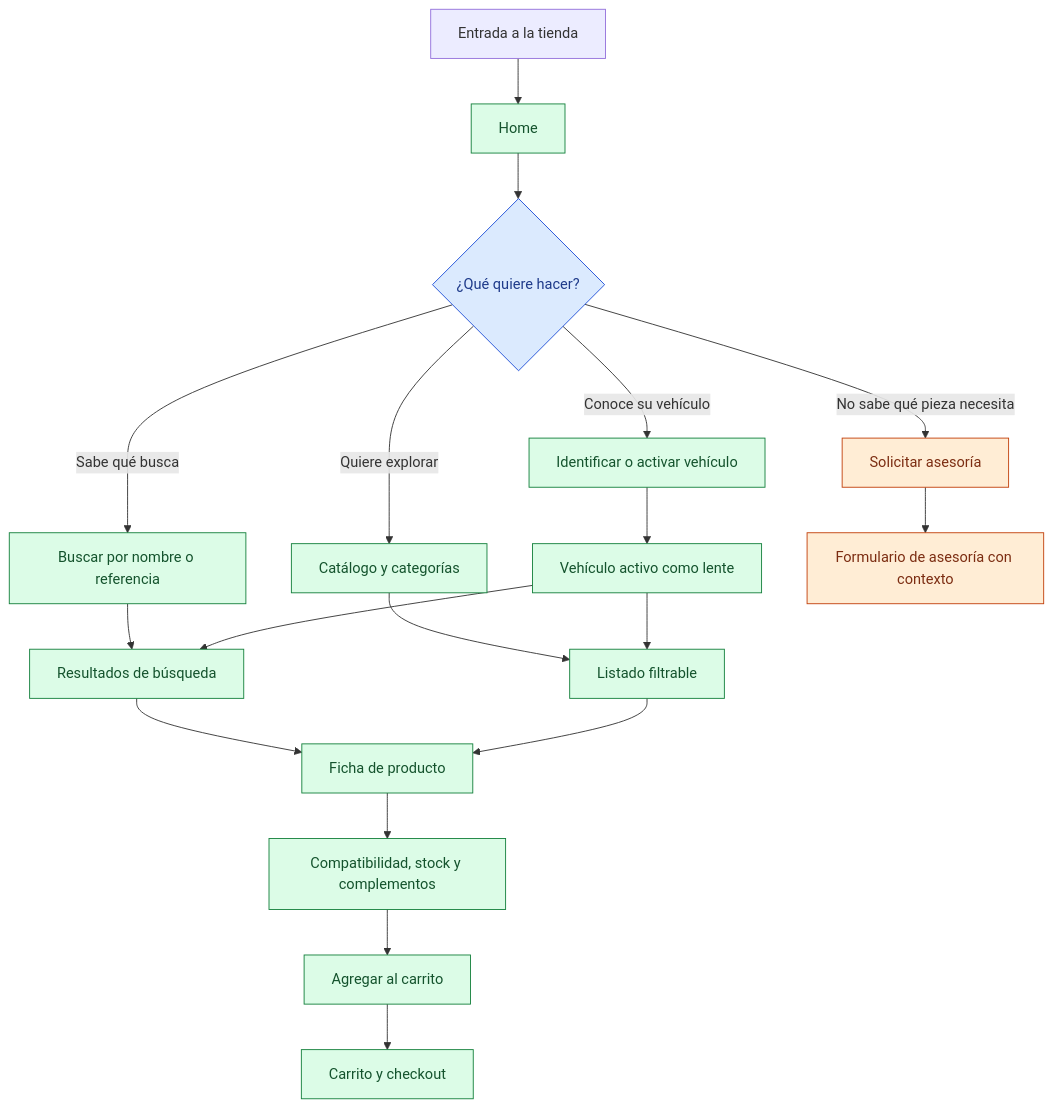
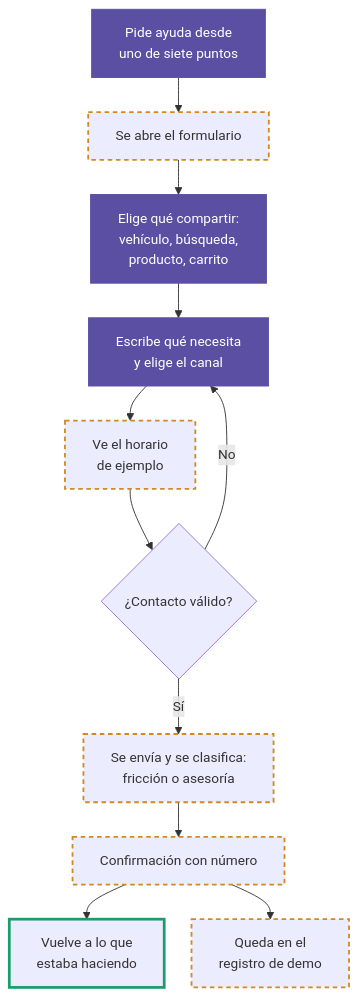
One commit to juanesgv/tienda-virtual-kgm changed diagram 15 of 16 in DIAGRAMAS_FLUJO_PROTOTIPO.md. Above: the diagram before and after it, drawn with Mermaid. The commit also changed other lines of this file and 9 other files, not shown here.

````diff
--- a/DIAGRAMAS_FLUJO_PROTOTIPO.md
+++ b/DIAGRAMAS_FLUJO_PROTOTIPO.md
@@ -20,31 +357,17 @@
 ```mermaid
+%%{init: {"themeVariables": {"fontSize": "15px"}, "flowchart": {"nodeSpacing": 30, "rankSpacing": 38}}}%%
 flowchart TD
-    A[Entrada a la tienda] --> B[Home]
-    B --> C{¿Qué quiere hacer?}
-    C -->|Sabe qué busca| D[Buscar por nombre o referencia]
-    C -->|Quiere explorar| E[Catálogo y categorías]
-    C -->|Conoce su vehículo| F[Identificar o activar vehículo]
-    C -->|No sabe qué pieza necesita| G[Solicitar asesoría]
-
-    D --> H[Resultados de búsqueda]
-    E --> I[Listado filtrable]
-    F --> J[Vehículo activo como lente]
-    J --> H
-    J --> I
-    G --> K[Formulario de asesoría con contexto]
-
-    H --> L[Ficha de producto]
-    I --> L
-    L --> M[Compatibilidad, stock y complementos]
-    M --> N[Agregar al carrito]
-    N --> O[Carrito y checkout]
-
-    class B,D,E,F,H,I,J,L,M,N,O functional;
-    class G,K simulated;
-    class C decision;
-
-    classDef functional fill:#dcfce7,stroke:#15803d,color:#14532d;
-    classDef simulated fill:#ffedd5,stroke:#c2410c,color:#7c2d12;
-    classDef pending fill:#fee2e2,stroke:#b91c1c,color:#7f1d1d;
-    classDef decision fill:#dbeafe,stroke:#1d4ed8,color:#1e3a8a;
+    classDef client fill:#5b4fa3,stroke:#5b4fa3,color:#ffffff;
+    classDef end1 stroke:#1a9d68,stroke-width:3px;
+    classDef sim stroke-dasharray: 5 4,stroke:#d08a1f,stroke-width:2px;
+    A["Pide ayuda desde<br/>uno de siete puntos"]:::client --> B["Se abre el formulario"]:::sim
+    B --> C["Elige qué compartir:<br/>vehículo, búsqueda,<br/>producto, carrito"]:::client
+    C --> D["Escribe qué necesita<br/>y elige el canal"]:::client
+    D --> E["Ve el horario<br/>de ejemplo"]:::sim
+    E --> F{"¿Contacto válido?"}
+    F -->|"No"| D
+    F -->|"Sí"| G["Se envía y se clasifica:<br/>fricción o asesoría"]:::sim
+    G --> H["Confirmación con número"]:::sim
+    H --> I["Vuelve a lo que<br/>estaba haciendo"]:::end1
+    H --> J["Queda en el<br/>registro de demo"]:::sim
 ```
````
